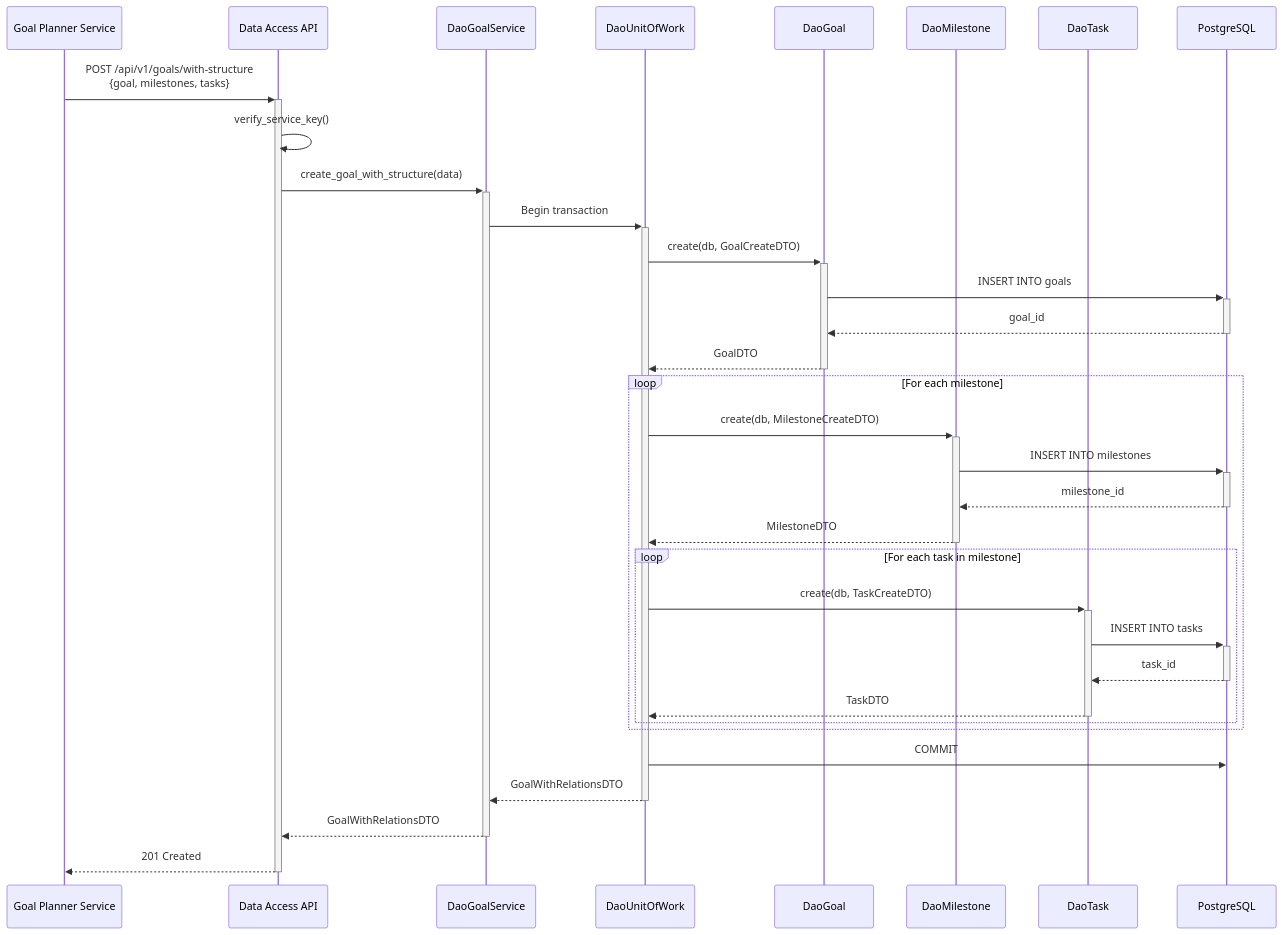
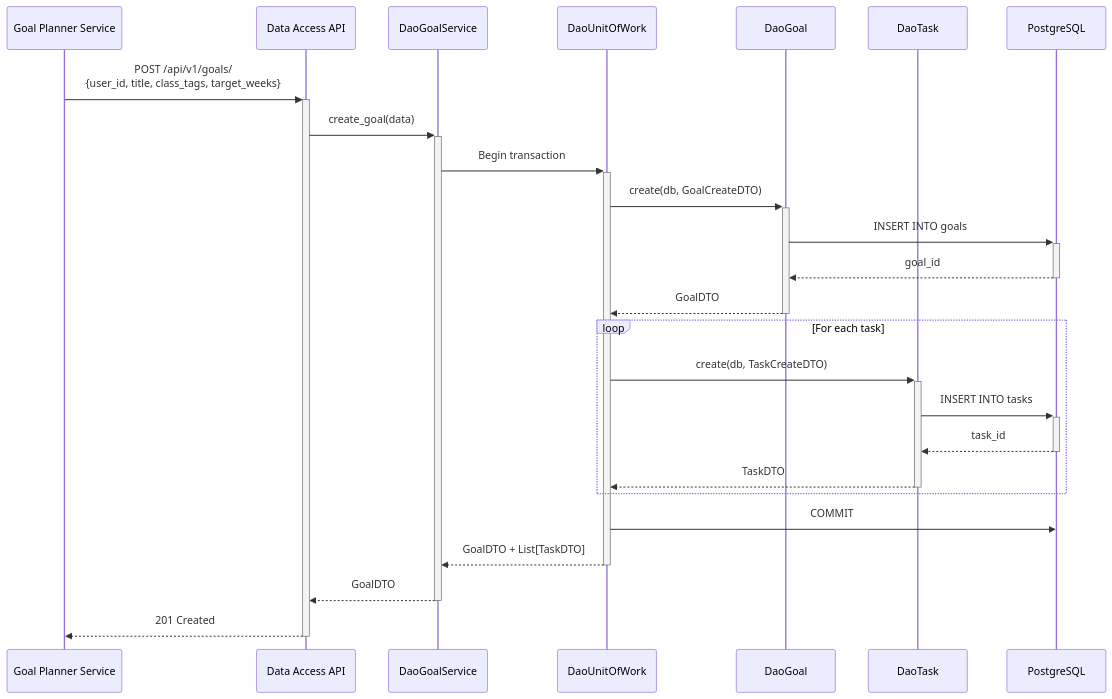
One commit to MacDavicK/Flux-Team-8 changed the first of 5 diagrams in docs/dao_design.md. Above: the diagram before and after it, drawn with Mermaid. The commit also changed other lines of this file and 12 other files, not shown here.

````diff
--- a/docs/dao_design.md
+++ b/docs/dao_design.md
@@ -333,41 +323,32 @@
 ```mermaid
 sequenceDiagram
     participant GP as Goal Planner Service
     participant API as Data Access API
     participant SVC as DaoGoalService
     participant UOW as DaoUnitOfWork
     participant DG as DaoGoal
-    participant DM as DaoMilestone
     participant DT as DaoTask
     participant DB as PostgreSQL
 
-    GP->>+API: POST /api/v1/goals/with-structure<br/>{goal, milestones, tasks}
-    API->>API: verify_service_key()
-    API->>+SVC: create_goal_with_structure(data)
+    GP->>+API: POST /api/v1/goals/<br/>{user_id, title, class_tags, target_weeks}
+    API->>+SVC: create_goal(data)
 
     SVC->>+UOW: Begin transaction
 
     UOW->>+DG: create(db, GoalCreateDTO)
     DG->>+DB: INSERT INTO goals
     DB-->>-DG: goal_id
     DG-->>-UOW: GoalDTO
 
-    loop For each milestone
-        UOW->>+DM: create(db, MilestoneCreateDTO)
-        DM->>+DB: INSERT INTO milestones
-        DB-->>-DM: milestone_id
-        DM-->>-UOW: MilestoneDTO
-
-        loop For each task in milestone
-            UOW->>+DT: create(db, TaskCreateDTO)
-            DT->>+DB: INSERT INTO tasks
-            DB-->>-DT: task_id
-            DT-->>-UOW: TaskDTO
-        end
+    loop For each task
+        UOW->>+DT: create(db, TaskCreateDTO)
+        DT->>+DB: INSERT INTO tasks
+        DB-->>-DT: task_id
+        DT-->>-UOW: TaskDTO
     end
 
     UOW->>DB: COMMIT
-    UOW-->>-SVC: GoalWithRelationsDTO
-    SVC-->>-API: GoalWithRelationsDTO
+    UOW-->>-SVC: GoalDTO + List[TaskDTO]
+    SVC-->>-API: GoalDTO
     API-->>-GP: 201 Created
 ```
````
